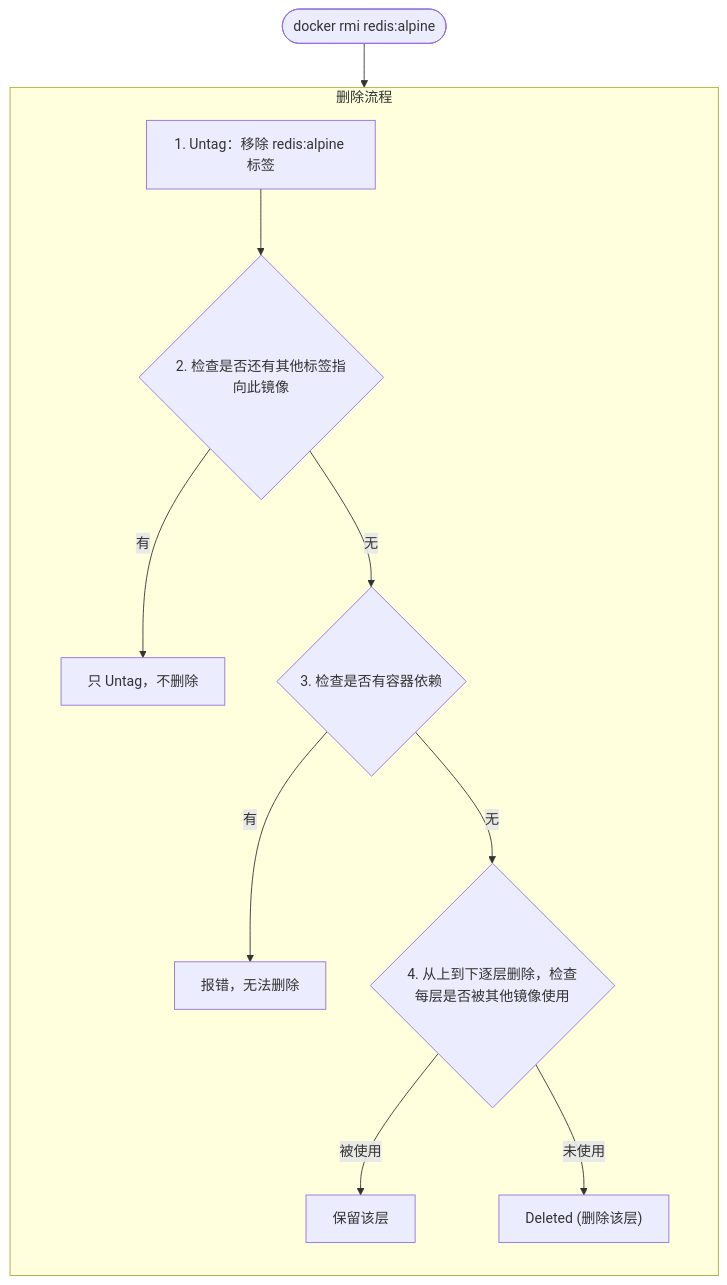
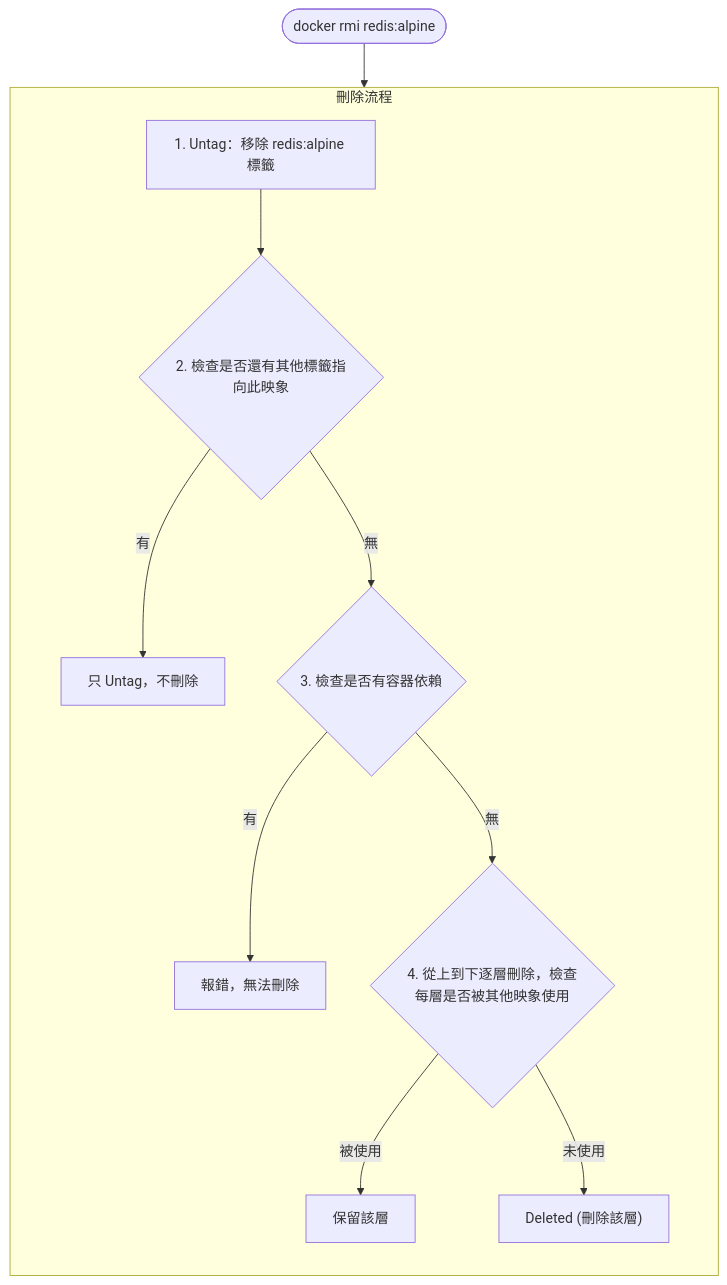
Before and after one commit to doggy8088/docker_practice: the diagram in 04_image/4.3_rm.md, drawn with Mermaid. The commit also changed other lines of this file and 211 other files, not shown here.

````diff
--- a/04_image/4.3_rm.md
+++ b/04_image/4.3_rm.md
@@ -95,21 +95,21 @@
 ```mermaid
 flowchart TD
     Start(["docker rmi redis:alpine"]) --> Step1
 
-    subgraph Process ["删除流程"]
+    subgraph Process ["刪除流程"]
         direction TB
-        Step1["1. Untag：移除 redis:alpine 标签"] --> Step2
+        Step1["1. Untag：移除 redis:alpine 標籤"] --> Step2
 
-        Step2{"2. 检查是否还有其他标签指向此镜像"}
-        Step2 -- "有" --> Keep1["只 Untag，不删除"]
-        Step2 -- "无" --> Step3
+        Step2{"2. 檢查是否還有其他標籤指向此映象"}
+        Step2 -- "有" --> Keep1["只 Untag，不刪除"]
+        Step2 -- "無" --> Step3
 
-        Step3{"3. 检查是否有容器依赖"}
-        Step3 -- "有" --> Error["报错，无法删除"]
-        Step3 -- "无" --> Step4
+        Step3{"3. 檢查是否有容器依賴"}
+        Step3 -- "有" --> Error["報錯，無法刪除"]
+        Step3 -- "無" --> Step4
 
-        Step4{"4. 从上到下逐层删除，检查每层是否被其他镜像使用"}
-        Step4 -- "被使用" --> Keep2["保留该层"]
-        Step4 -- "未使用" --> Delete["Deleted (删除该层)"]
+        Step4{"4. 從上到下逐層刪除，檢查每層是否被其他映象使用"}
+        Step4 -- "被使用" --> Keep2["保留該層"]
+        Step4 -- "未使用" --> Delete["Deleted (刪除該層)"]
     end
 ```
````
